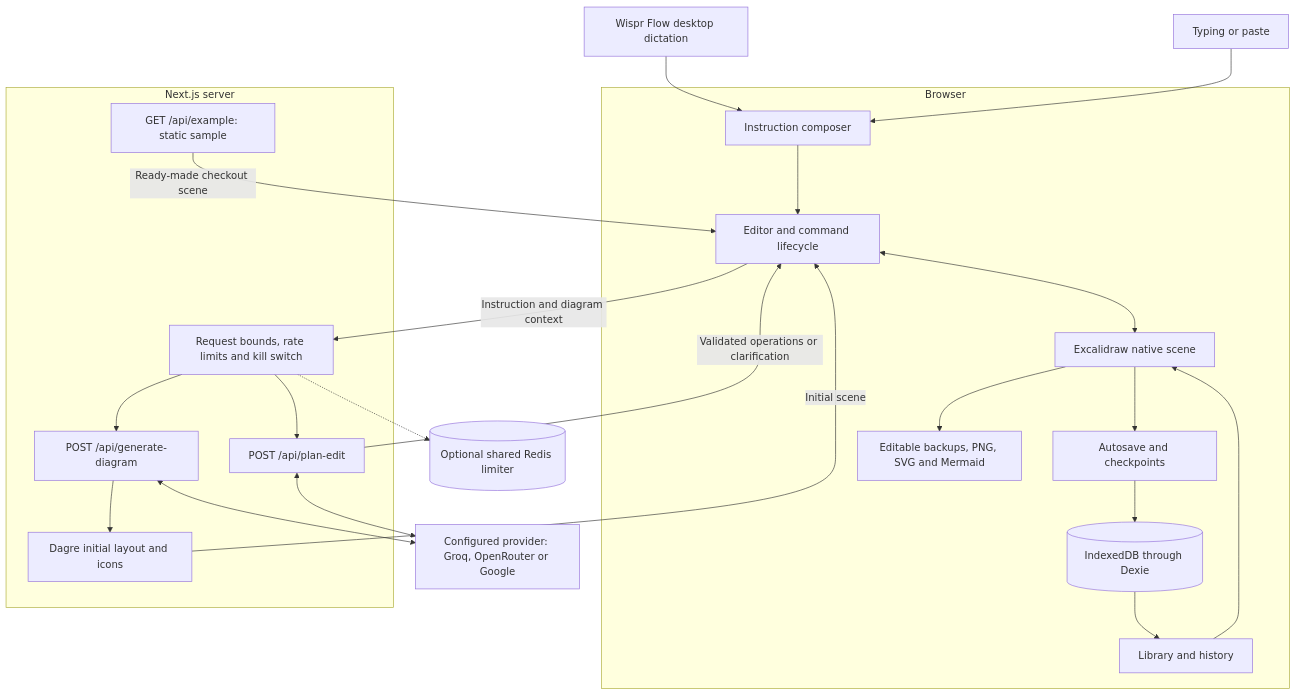
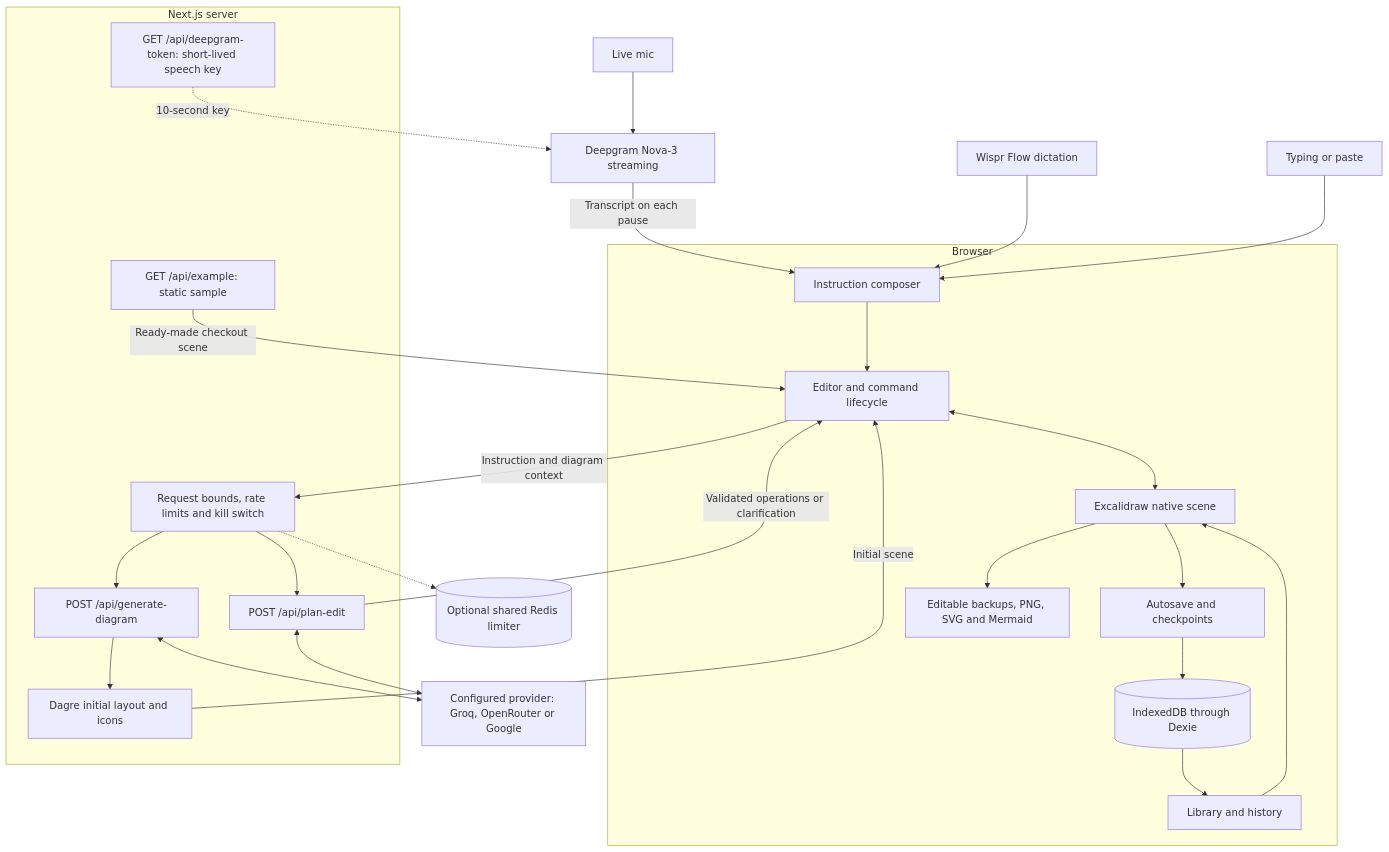
The first of 2 diagrams in README.md (RajdeepKushwaha5/SaySketch), drawn with Mermaid before and after one commit. The commit also changed other lines of this file and 6 other files, not shown here.

Commit message:
Nova-3 tech vocabulary, misheard-name handling, live mic as primary input in README

````diff
--- a/README.md
+++ b/README.md
@@ -111,31 +122,35 @@
 ```mermaid
 flowchart TB
-  flow["Wispr Flow desktop dictation"] --> composer
+  mic["Live mic"] --> deepgram["Deepgram Nova-3 streaming"]
+  deepgram -->|"Transcript on each pause"| composer
+  flow["Wispr Flow dictation"] --> composer
   keyboard["Typing or paste"] --> composer
   subgraph browser["Browser"]
     composer["Instruction composer"] --> editor["Editor and command lifecycle"]
     editor <--> canvas["Excalidraw native scene"]
     canvas --> save["Autosave and checkpoints"]
     save --> storage[("IndexedDB through Dexie")]
     storage --> library["Library and history"]
     library --> canvas
     canvas --> exports["Editable backups, PNG, SVG and Mermaid"]
   end
   subgraph server["Next.js server"]
     guard["Request bounds, rate limits and kill switch"]
     generate["POST /api/generate-diagram"]
     plan["POST /api/plan-edit"]
     layout["Dagre initial layout and icons"]
     example["GET /api/example: static sample"]
+    token["GET /api/deepgram-token: short-lived speech key"]
     guard --> generate
     guard --> plan
     generate --> layout
   end
   editor -->|"Instruction and diagram context"| guard
   generate <--> provider["Configured provider: Groq, OpenRouter or Google"]
   plan <--> provider
   guard -.-> redis[("Optional shared Redis limiter")]
   layout -->|"Initial scene"| editor
   plan -->|"Validated operations or clarification"| editor
   example -->|"Ready-made checkout scene"| editor
+  token -.->|"10-second key"| deepgram
 ```
````
